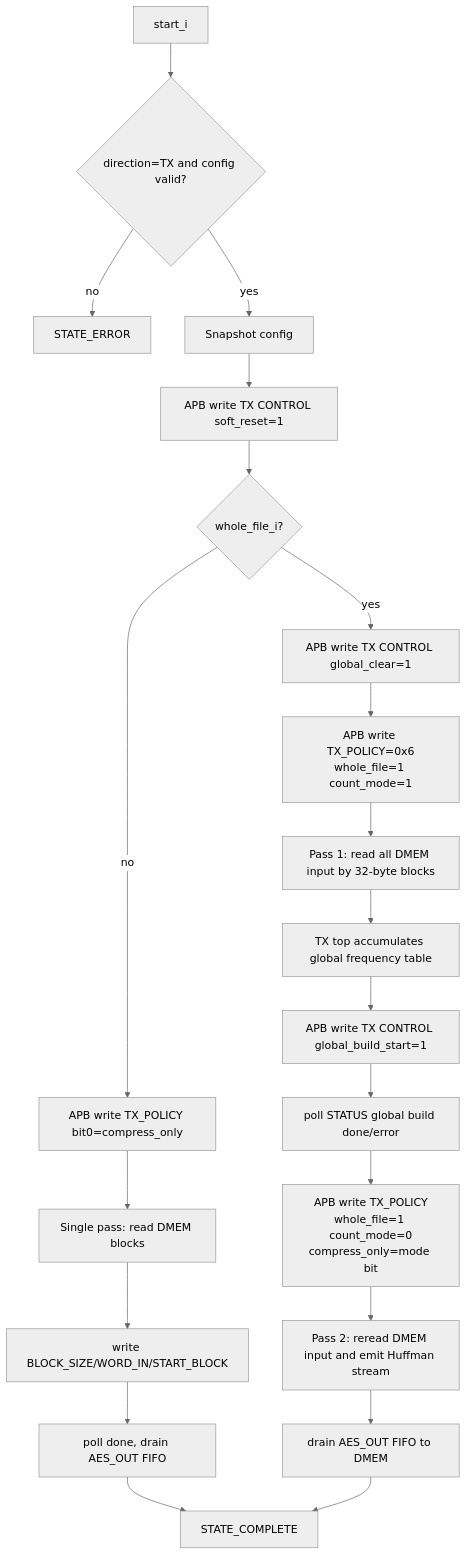
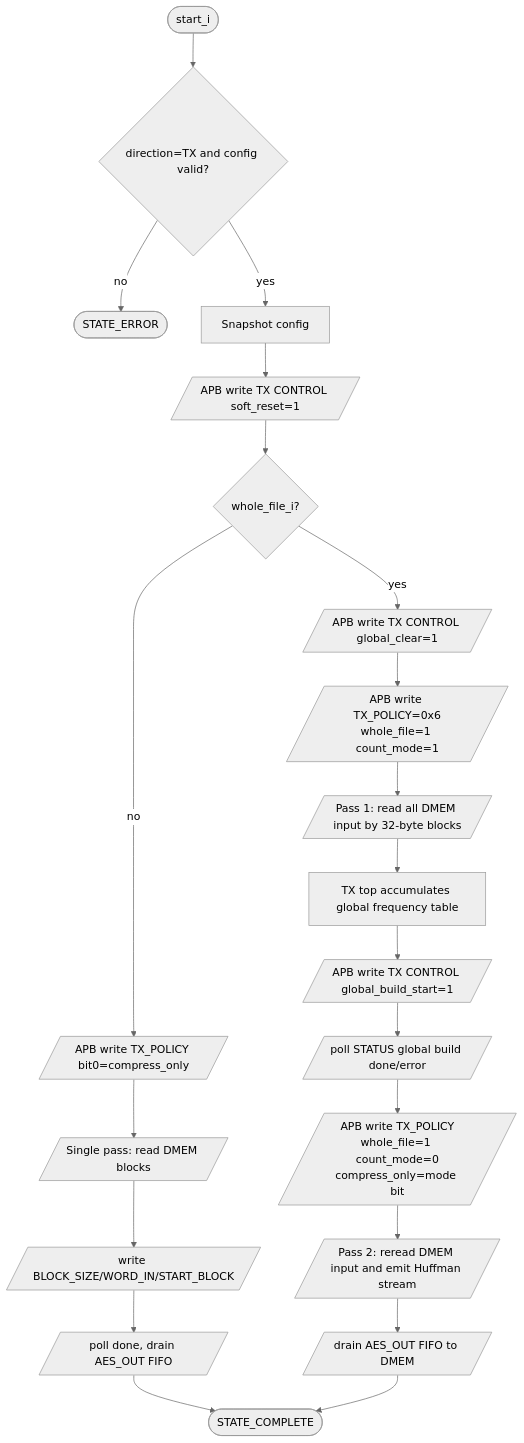
Before and after one commit to ngoquocan139/AES_huffman_all6: the diagram in docs/dma_tx_engine_spec.md, drawn with Mermaid (neutral theme). The commit also changed 28 other files, not shown here.

````diff
--- a/docs/dma_tx_engine_spec.md
+++ b/docs/dma_tx_engine_spec.md
@@ -28,25 +28,25 @@
 ```mermaid
 flowchart TD
-  A["start_i"] --> B{"direction=TX and config valid?"}
-  B -->|"no"| ERR["STATE_ERROR"]
+  A(["start_i"]) --> B{"direction=TX and config valid?"}
+  B -->|"no"| ERR(["STATE_ERROR"])
   B -->|"yes"| C["Snapshot config"]
-  C --> D["APB write TX CONTROL soft_reset=1"]
+  C --> D[/"APB write TX CONTROL soft_reset=1"/]
   D --> E{"whole_file_i?"}
 
-  E -->|"no"| P0["APB write TX_POLICY bit0=compress_only"]
-  P0 --> P1["Single pass: read DMEM blocks"]
-  P1 --> P2["write BLOCK_SIZE/WORD_IN/START_BLOCK"]
-  P2 --> P3["poll done, drain AES_OUT FIFO"]
-  P3 --> DONE["STATE_COMPLETE"]
+  E -->|"no"| P0[/"APB write TX_POLICY bit0=compress_only"/]
+  P0 --> P1[/"Single pass: read DMEM blocks"/]
+  P1 --> P2[/"write BLOCK_SIZE/WORD_IN/START_BLOCK"/]
+  P2 --> P3[/"poll done, drain AES_OUT FIFO"/]
+  P3 --> DONE(["STATE_COMPLETE"])
 
-  E -->|"yes"| W0["APB write TX CONTROL global_clear=1"]
-  W0 --> W1["APB write TX_POLICY=0x6\nwhole_file=1 count_mode=1"]
-  W1 --> W2["Pass 1: read all DMEM input by 32-byte blocks"]
+  E -->|"yes"| W0[/"APB write TX CONTROL global_clear=1"/]
+  W0 --> W1[/"APB write TX_POLICY=0x6\nwhole_file=1 count_mode=1"/]
+  W1 --> W2[/"Pass 1: read all DMEM input by 32-byte blocks"/]
   W2 --> W3["TX top accumulates global frequency table"]
-  W3 --> W4["APB write TX CONTROL global_build_start=1"]
-  W4 --> W5["poll STATUS global build done/error"]
-  W5 --> W6["APB write TX_POLICY\nwhole_file=1 count_mode=0\ncompress_only=mode bit"]
-  W6 --> W7["Pass 2: reread DMEM input and emit Huffman stream"]
-  W7 --> W8["drain AES_OUT FIFO to DMEM"]
+  W3 --> W4[/"APB write TX CONTROL global_build_start=1"/]
+  W4 --> W5[/"poll STATUS global build done/error"/]
+  W5 --> W6[/"APB write TX_POLICY\nwhole_file=1 count_mode=0\ncompress_only=mode bit"/]
+  W6 --> W7[/"Pass 2: reread DMEM input and emit Huffman stream"/]
+  W7 --> W8[/"drain AES_OUT FIFO to DMEM"/]
   W8 --> DONE
 ```
````
